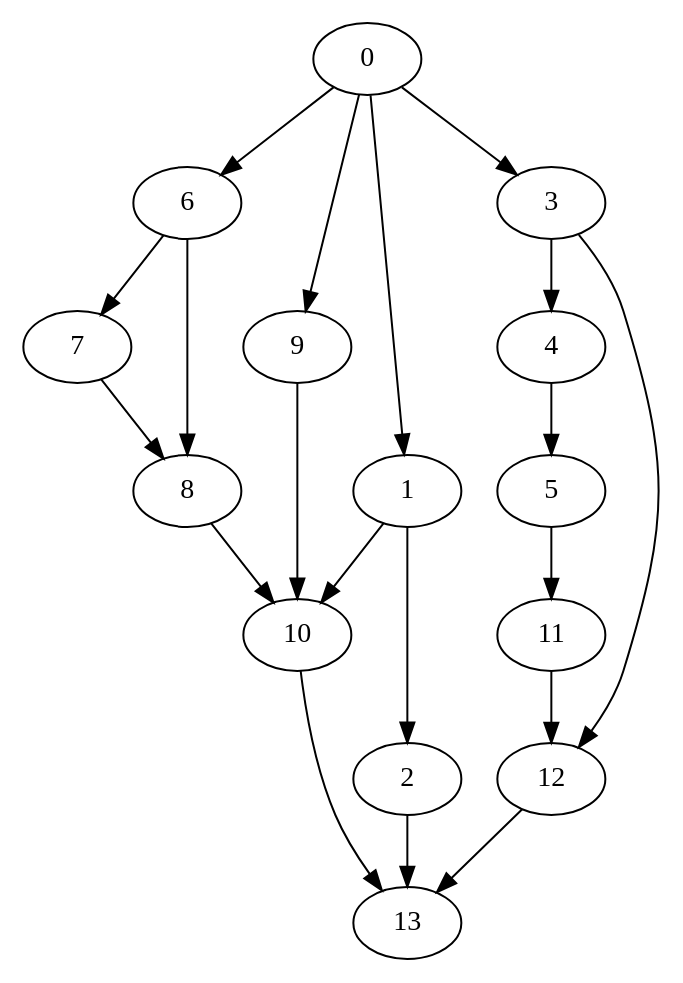
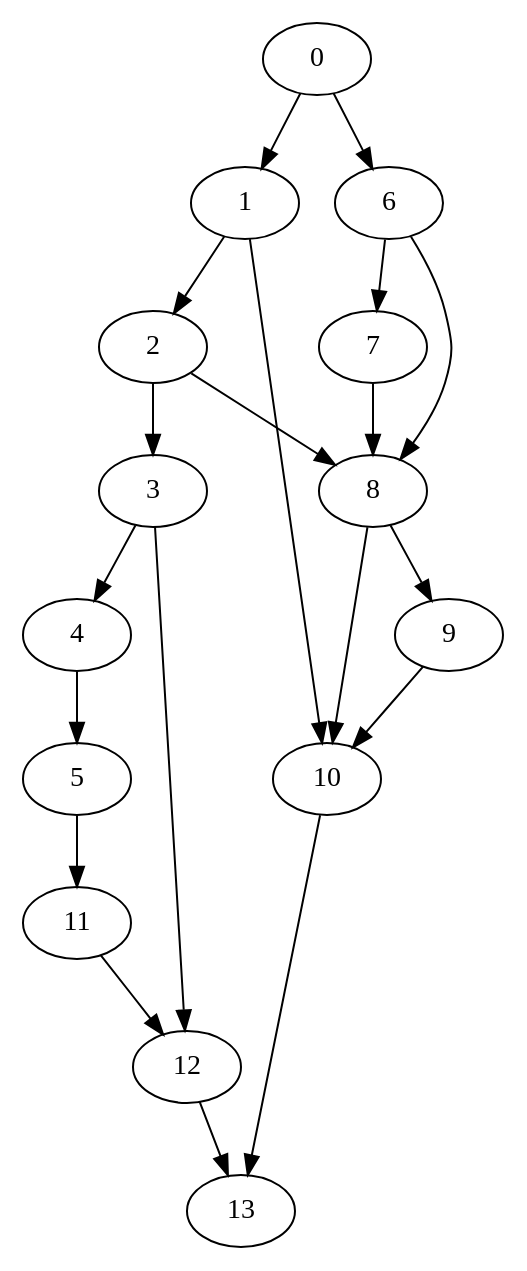
Before and after one commit to chgogos/DagScheduling2016: the diagram in src/generator/small_p3_t20_f3_d10.dot, drawn with Graphviz. The commit also changed 2 other files, not shown here.

```diff
--- a/src/generator/small_p3_t20_f3_d10.dot
+++ b/src/generator/small_p3_t20_f3_d10.dot
@@ -1,21 +1,21 @@
 digraph small {
+0 -> 1;
+0 -> 6;
+1 -> 2;
+1 -> 10;
+2 -> 3;
+2 -> 8;
+3 -> 4;
+3 -> 12;
 4 -> 5;
+5 -> 11;
 6 -> 7;
-0 -> 1;
+6 -> 8;
+7 -> 8;
+8 -> 9;
+8 -> 10;
+9 -> 10;
+10 -> 13;
+11 -> 12;
 12 -> 13;
-6 -> 8;
-8 -> 10;
-0 -> 3;
-10 -> 13;
-0 -> 6;
-0 -> 9;
-2 -> 13;
-1 -> 2;
-3 -> 4;
-7 -> 8;
-9 -> 10;
-11 -> 12;
-5 -> 11;
-3 -> 12;
-1 -> 10;
-}
+ }
```
